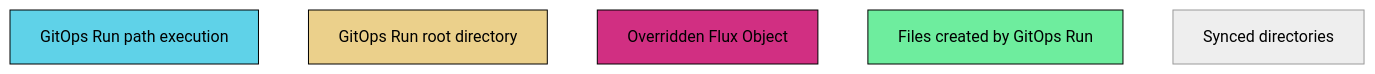
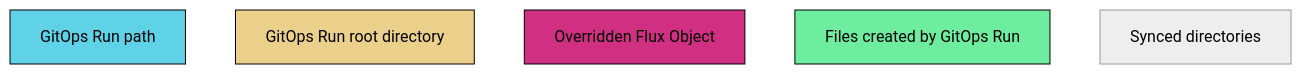
One commit to JamWils/gitops-repo-000 changed the third of 5 diagrams in run.md. Above: the diagram before and after it, drawn with Mermaid (neutral theme). The commit also changed other lines of this file and 12 other files, not shown here.

````diff
--- a/run.md
+++ b/run.md
@@ -26,13 +99,13 @@
 ```mermaid
 flowchart TD
-    id1[GitOps Run path execution]
+    id1[GitOps Run path]
     id2[GitOps Run root directory]
     id3[Overridden Flux Object]
     id4[Files created by GitOps Run]
     id5[Synced directories]
 
     style id1 fill:#5fd2e8,stroke:#000,color:#000
     style id2 fill:#ebd08b,stroke:#000,color:#000
     style id3 fill:#d12f82,stroke:#000,color:#000
     style id4 fill:#6eed9e,stroke:#000,color:#000
 ```
````
